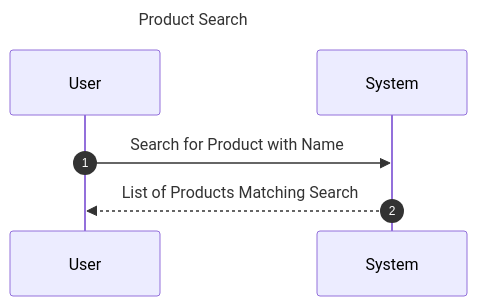
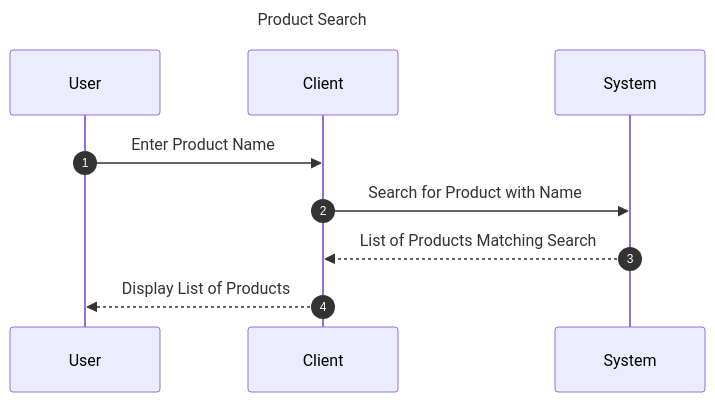
The sixth of 6 diagrams in submittable/system_design_document.md (cliserkad/ecommerce_prototype), drawn with Mermaid before and after one commit. The commit also changed other lines of this file, not shown here.

Commit message:
add client layer to ssd

````diff
--- a/submittable/system_design_document.md
+++ b/submittable/system_design_document.md
@@ -232,11 +248,14 @@
 ```mermaid
 ---
 title: Product Search
 ---
 sequenceDiagram
     autonumber
     participant u as User
+    participant c as Client
     participant s as System
-    u ->> s: Search for Product with Name
-    s -->> u: List of Products Matching Search
+    u ->> c: Enter Product Name
+    c ->> s: Search for Product with Name
+    s -->> c: List of Products Matching Search
+    c -->> u: Display List of Products
 ```
````
